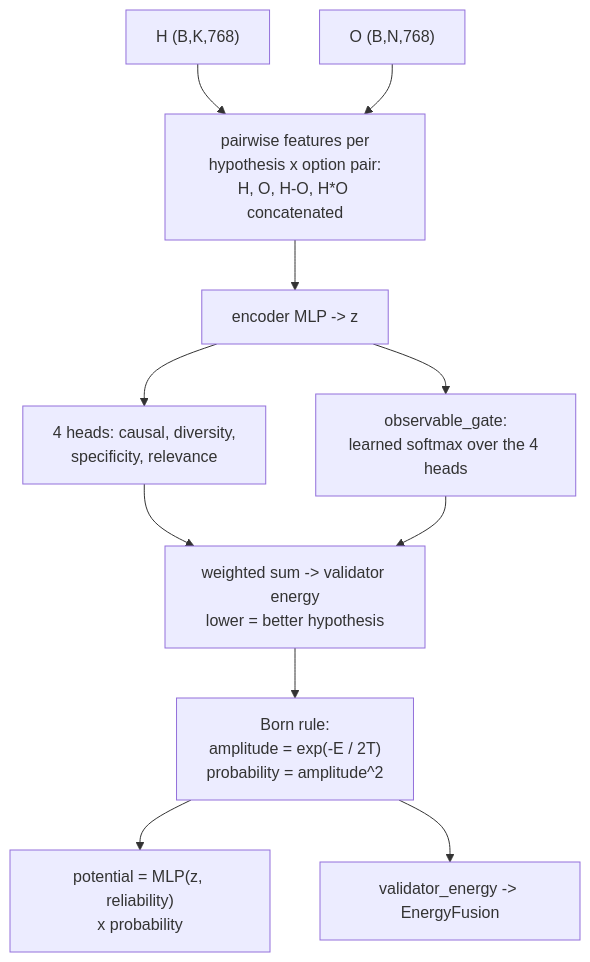
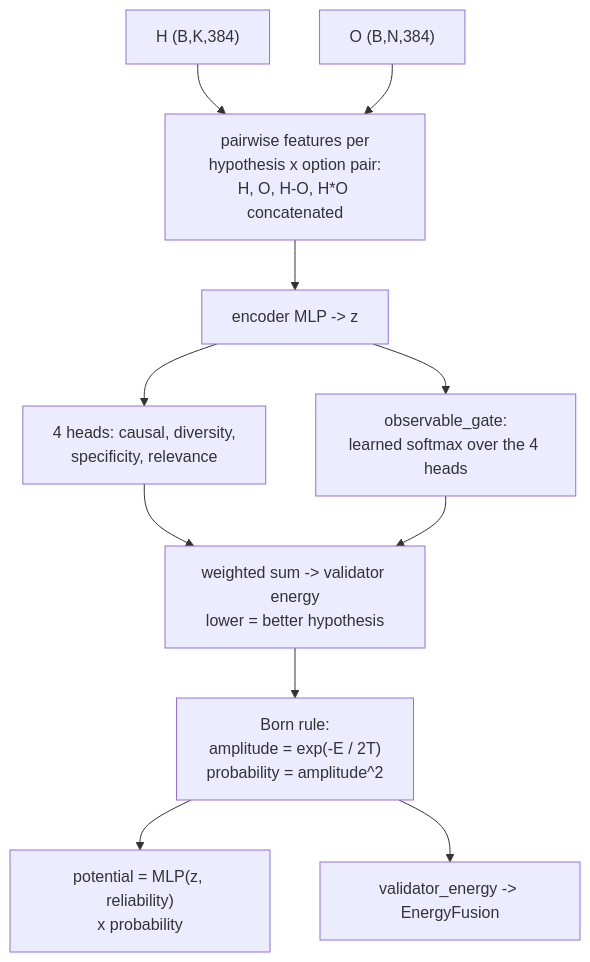
One commit to Thorfast191/qAIR-CSE499B changed the fifth of 7 diagrams in README.md. Above: the diagram before and after it, drawn with Mermaid. The commit also changed other lines of this file and 6 other files, not shown here.

````diff
--- a/README.md
+++ b/README.md
@@ -190,13 +194,13 @@
 ```mermaid
 flowchart TD
-    H["H (B,K,768)"] --> FEAT["pairwise features per<br/>hypothesis x option pair:<br/>H, O, H-O, H*O concatenated"]
-    O["O (B,N,768)"] --> FEAT
+    H["H (B,K,384)"] --> FEAT["pairwise features per<br/>hypothesis x option pair:<br/>H, O, H-O, H*O concatenated"]
+    O["O (B,N,384)"] --> FEAT
     FEAT --> ENC2["encoder MLP -> z"]
     ENC2 --> HEADS["4 heads: causal, diversity,<br/>specificity, relevance"]
     ENC2 --> GATE2["observable_gate:<br/>learned softmax over the 4 heads"]
     HEADS --> WSUM["weighted sum -> validator energy<br/>lower = better hypothesis"]
     GATE2 --> WSUM
     WSUM --> BORN["Born rule:<br/>amplitude = exp(-E / 2T)<br/>probability = amplitude^2"]
     BORN --> POT["potential = MLP(z, reliability)<br/>x probability"]
     BORN --> VE["validator_energy -> EnergyFusion"]
 ```
````
